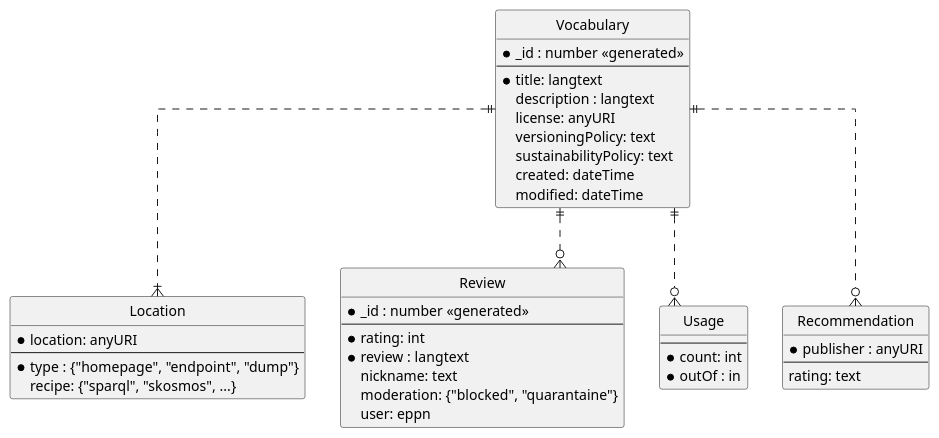
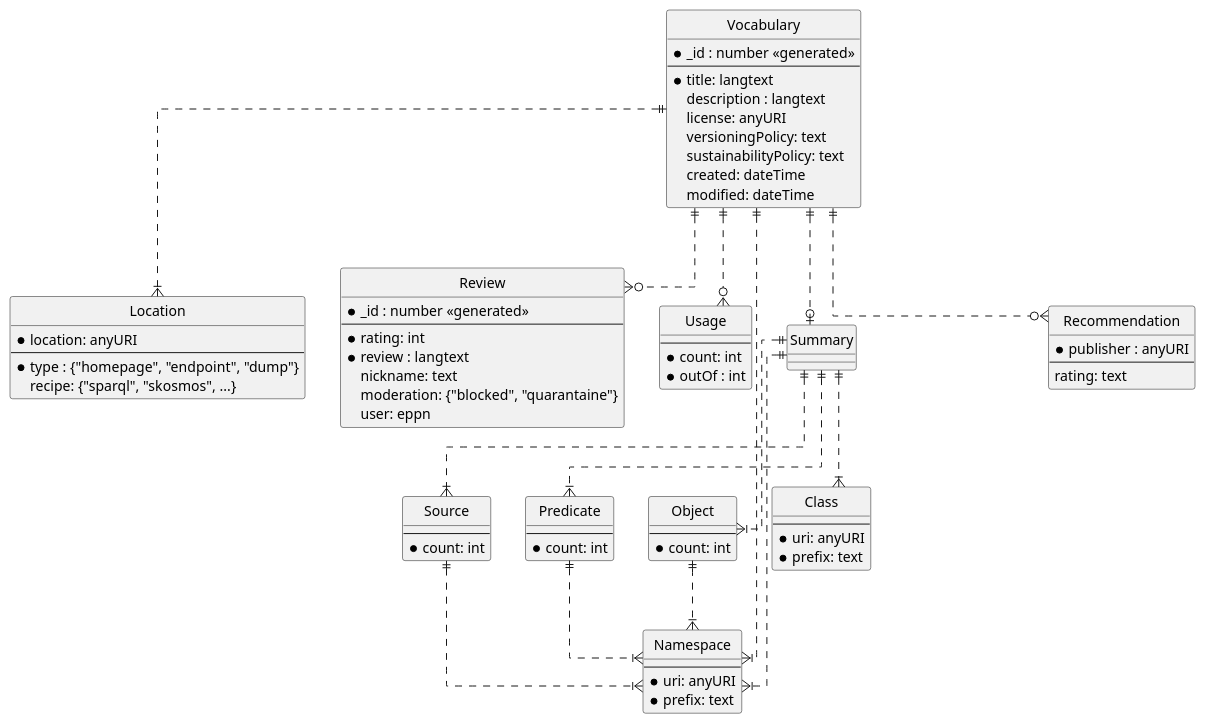
Before and after one commit to ekoi/vocab-registry: the diagram in documentation/model.plantuml, drawn with PlantUML.

Commit message:
Add summarized to model

```diff
--- a/documentation/model.plantuml
+++ b/documentation/model.plantuml
@@ -1,57 +1,99 @@
 @startuml
 
 ' hide the spot
 hide circle
 
 ' avoid problems with angled crows feet
 skinparam linetype ortho
 
 entity "Vocabulary" as vocab {
   *_id : number <<generated>>
   --
   *title: langtext
   description : langtext
   license: anyURI 
   'license uri from a known set
   versioningPolicy: text
   sustainabilityPolicy: text
   created: dateTime
   modified: dateTime
 }
 
 entity "Location" as loc {
   *location: anyURI
   --
   *type : {"homepage", "endpoint", "dump"}
   recipe: {"sparql", "skosmos", ...}
 }
 
 entity "Review" as rev {
   *_id : number <<generated>>
   --
   *rating: int
   *review : langtext
   nickname: text
   moderation: {"blocked", "quarantaine"}
   user: eppn
 }
 
 entity "Usage" as use {
   --
   *count: int
-  *outOf : in
+  *outOf : int
+}
+
+entity "Summary" as sum {
+}
+
+entity "Source" as s {
+  --
+  *count: int
+}
+
+entity "Predicate" as p {
+  --
+  *count: int
+}
+
+entity "Object" as o {
+  --
+  *count: int
+}
+
+entity "Class" as cl {
+  --
+  *uri: anyURI
+  *prefix: text
+}
+
+entity "Namespace" as ns {
+  --
+  *uri: anyURI
+  *prefix: text
 }
 
 entity "Recommendation" as rec {
-  * publisher : anyURI
+  *publisher : anyURI
   --
   rating: text
   ' publisher uri's come from known domains
 }
 
 vocab ||..|{ loc
 vocab ||..o{ rev
 vocab ||..o{ use
+vocab ||..o| sum
 vocab ||..o{ rec
 
+sum ||..|{ s
+sum ||..|{ p
+sum ||..|{ o
+sum ||..|{ cl
+
+vocab ||..|{ ns
+sum ||..|{ ns
+s ||..|{ ns
+p ||..|{ ns
+o ||..|{ ns
+
 @enduml
```
